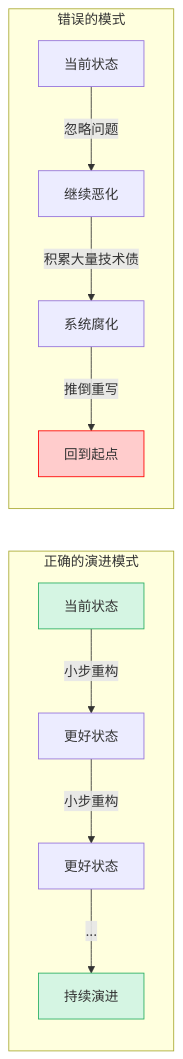
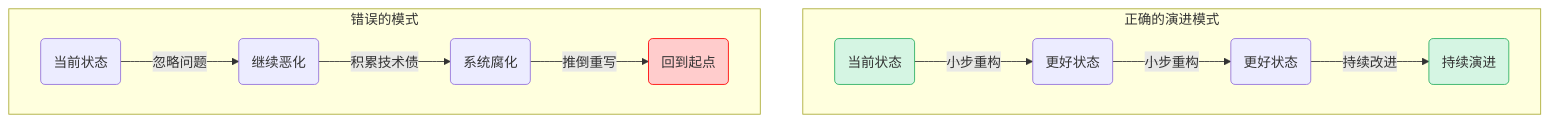
Before and after one commit to BobcGn/BobcGn-Blogs: diagram 14 of 15 in content/开发学习/开发原理、套件/全域架构观：从产品定义到系统演进的决策闭环.md, drawn with Mermaid. The commit also changed other lines of this file, not shown here.

````diff
--- a/content/开发学习/开发原理、套件/全域架构观：从产品定义到系统演进的决策闭环.md
+++ b/content/开发学习/开发原理、套件/全域架构观：从产品定义到系统演进的决策闭环.md
@@ -665,18 +663,18 @@
 ```mermaid
-flowchart LR
-    subgraph Right["正确的演进模式"]
-        T1["当前状态"] -->|"小步重构"| T2["更好状态"]
-        T2 -->|"小步重构"| T3["更好状态"]
-        T3 -->|"... "| Tn["持续演进"]
+graph TD
+    subgraph R[正确的演进模式]
+        T1(当前状态) -->|小步重构| T2(更好状态)
+        T2 -->|小步重构| T3(更好状态)
+        T3 -->|持续改进| Tn(持续演进)
     end
 
-    subgraph Wrong["错误的模式"]
-        P1["当前状态"] -->|"忽略问题"| P2["继续恶化"]
-        P2 -->|"积累大量技术债"| P3["系统腐化"]
-        P3 -->|"推倒重写"| P4["回到起点"]
+    subgraph W[错误的模式]
+        P1(当前状态) -->|忽略问题| P2(继续恶化)
+        P2 -->|积累技术债| P3(系统腐化)
+        P3 -->|推倒重写| P4(回到起点)
     end
 
     style T1 fill:#d5f5e3,stroke:#27ae60
     style Tn fill:#d5f5e3,stroke:#27ae60
     style P4 fill:#ffcccc,stroke:#ff0000
 ```
````
